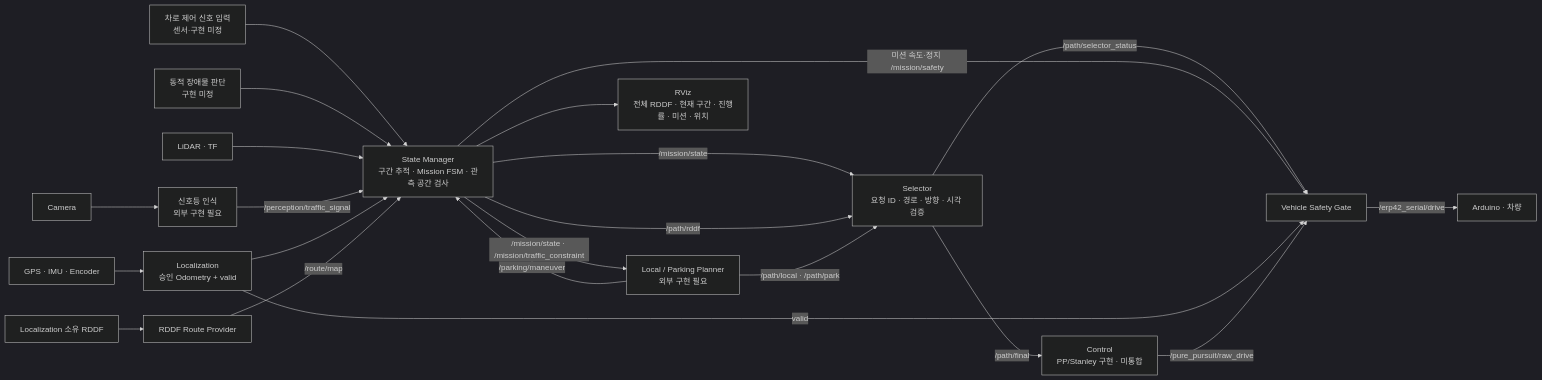
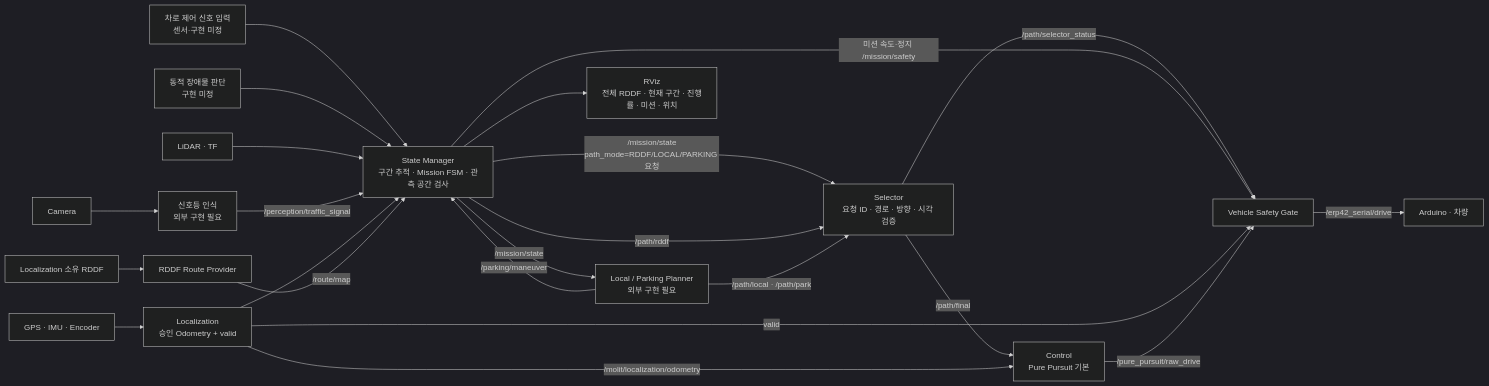
One commit to Team-Stier/HL-FMA-1-5-2026 changed the diagram in README.md. Above: the diagram before and after it, drawn with Mermaid (dark theme). The commit also changed other lines of this file and 10 other files, not shown here.

Commit message:
Connect path tracking control to safety pipeline

````diff
--- a/README.md
+++ b/README.md
@@ -206,24 +206,25 @@
 ```mermaid
 flowchart LR
     GPS["GPS · IMU · Encoder"] --> LOC["Localization<br/>승인 Odometry + valid"]
     CAM["Camera"] --> TRAFFIC["신호등 인식<br/>외부 구현 필요"]
     LANE["차로 제어 신호 입력<br/>센서·구현 미정"] --> SM
     DYNAMIC["동적 장애물 판단<br/>구현 미정"] --> SM
     LIDAR["LiDAR · TF"] --> SM
     TRAFFIC -->|"/perception/traffic_signal"| SM
     LOC --> SM
     RDDF["Localization 소유 RDDF"] --> PROVIDER["RDDF Route Provider"]
     PROVIDER -->|"/route/map"| SM["State Manager<br/>구간 추적 · Mission FSM · 관측 공간 검사"]
-    SM -->|"/mission/state · /mission/traffic_constraint"| LOCAL["Local / Parking Planner<br/>외부 구현 필요"]
-    SM -->|"/mission/state"| SELECTOR["Selector<br/>요청 ID · 경로 · 방향 · 시각 검증"]
+    SM -->|"/mission/state"| LOCAL["Local / Parking Planner<br/>외부 구현 필요"]
+    SM -->|"/mission/state<br/>path_mode=RDDF/LOCAL/PARKING 요청"| SELECTOR["Selector<br/>요청 ID · 경로 · 방향 · 시각 검증"]
     SM -->|"/path/rddf"| SELECTOR
     LOCAL -->|"/path/local · /path/park"| SELECTOR
     LOCAL -->|"/parking/maneuver"| SM
-    SELECTOR -->|"/path/final"| CONTROL["Control<br/>PP/Stanley 구현 · 미통합"]
+    SELECTOR -->|"/path/final"| CONTROL["Control<br/>Pure Pursuit 기본"]
+    LOC -->|"/molit/localization/odometry"| CONTROL
     SELECTOR -->|"/path/selector_status"| GATE
     SM -->|"미션 속도·정지 /mission/safety"| GATE["Vehicle Safety Gate"]
     LOC -->|"valid"| GATE
     CONTROL -->|"/pure_pursuit/raw_drive"| GATE
     GATE -->|"/erp42_serial/drive"| VEHICLE["Arduino · 차량"]
     SM --> RVIZ["RViz<br/>전체 RDDF · 현재 구간 · 진행률 · 미션 · 위치"]
 ```
````
